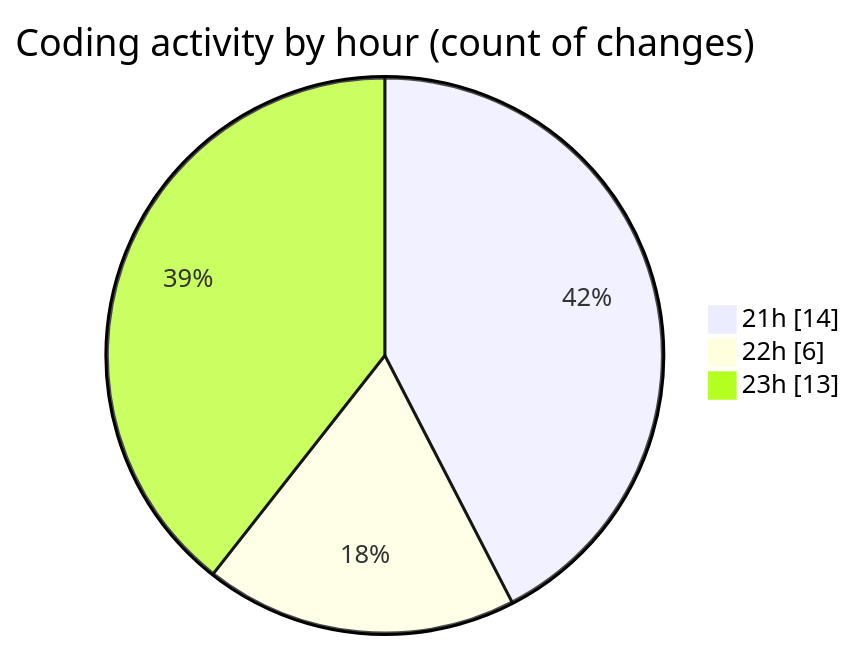
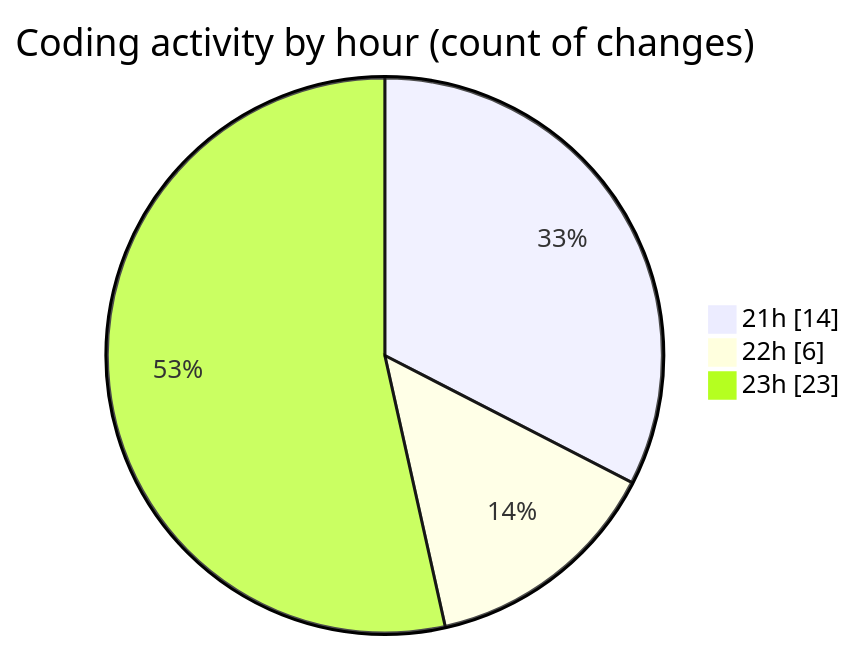
One commit to lephambinh05/code-tracking changed the second of 2 diagrams in 2025-07-24/quanlyrapchieuphim-1/README.md. Above: the diagram before and after it, drawn with Mermaid. The commit also changed other lines of this file and 1 other file, not shown here.

````diff
--- a/2025-07-24/quanlyrapchieuphim-1/README.md
+++ b/2025-07-24/quanlyrapchieuphim-1/README.md
@@ -37,7 +37,7 @@
 ```mermaid
 pie showData
 title Coding activity by hour (count of changes)
 "21h" : 14
 "22h" : 6
-"23h" : 13
+"23h" : 23
 ```
````
